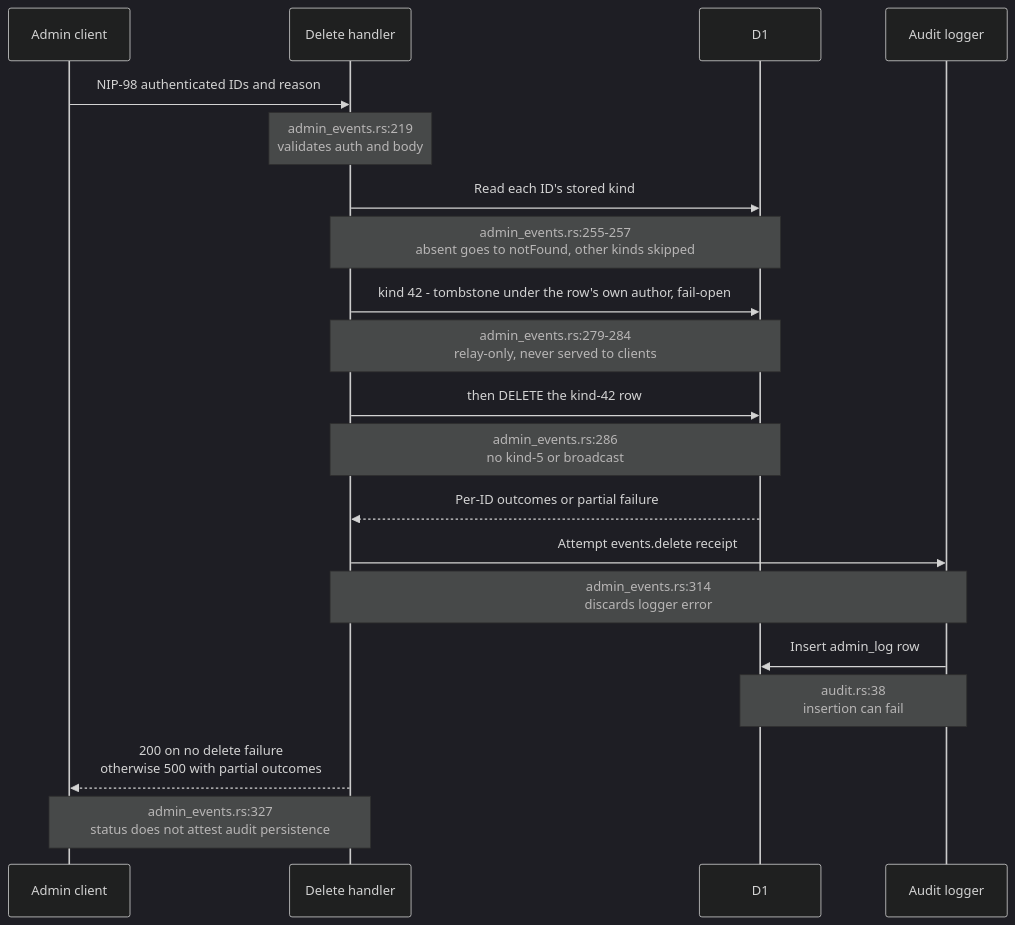
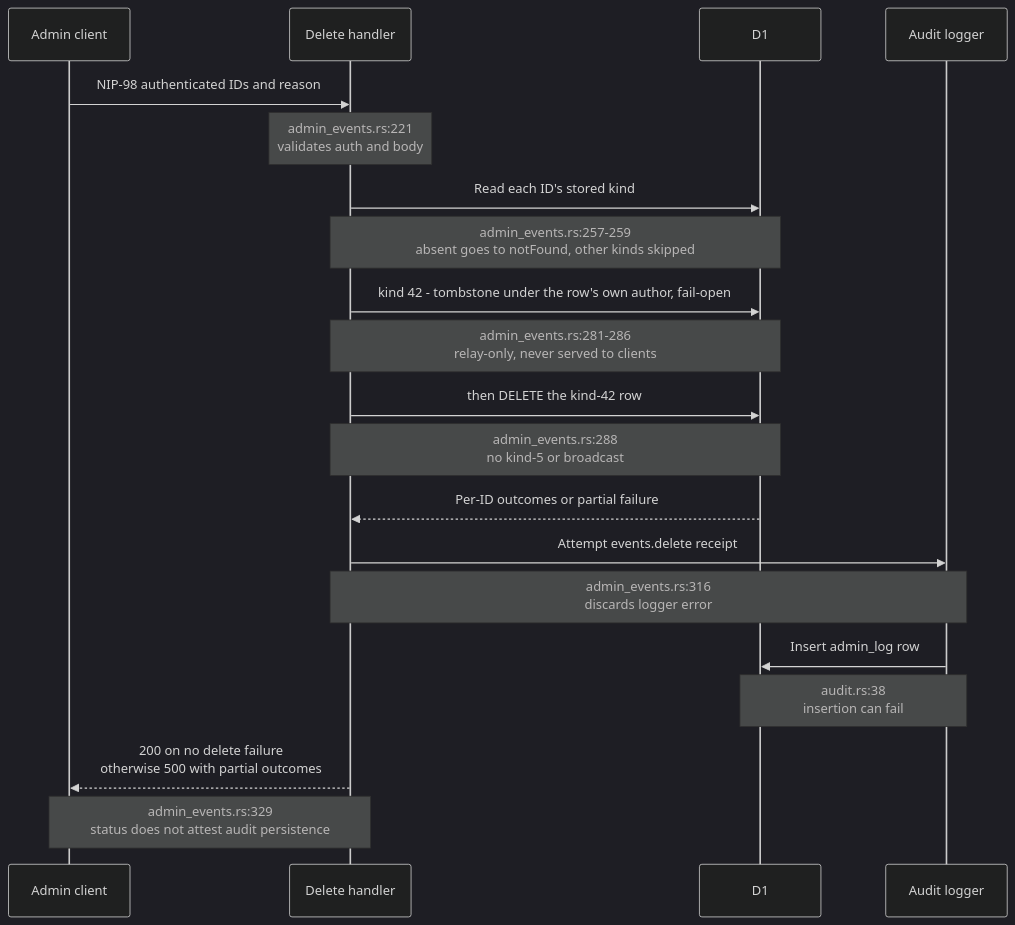
The fourth of 8 diagrams in docs/diagrams/nostr-rust-forum/26-sealed-history-migration-and-reader-contracts.md (DreamLab-AI/VisionFlow), drawn with Mermaid (dark theme) before and after one commit. The commit also changed other lines of this file and 10 other files, not shown here.

First line of the commit message:
diagrams(nostr-rust-forum): re-verify NF-13/14/17/18/20/21/22/24/26/27/28 at kit 4a73a7a

````diff
--- a/docs/diagrams/nostr-rust-forum/26-sealed-history-migration-and-reader-contracts.md
+++ b/docs/diagrams/nostr-rust-forum/26-sealed-history-migration-and-reader-contracts.md
@@ -108,22 +108,22 @@
 ```mermaid
 sequenceDiagram
     participant C as Admin client
     participant H as Delete handler
     participant D as D1
     participant A as Audit logger
     C->>H: NIP-98 authenticated IDs and reason
-    Note over H: admin_events.rs:219<br/>validates auth and body
+    Note over H: admin_events.rs:221<br/>validates auth and body
     H->>D: Read each ID's stored kind
-    Note over H,D: admin_events.rs:255-257<br/>absent goes to notFound, other kinds skipped
+    Note over H,D: admin_events.rs:257-259<br/>absent goes to notFound, other kinds skipped
     H->>D: kind 42 - tombstone under the row's own author, fail-open
-    Note over H,D: admin_events.rs:279-284<br/>relay-only, never served to clients
+    Note over H,D: admin_events.rs:281-286<br/>relay-only, never served to clients
     H->>D: then DELETE the kind-42 row
-    Note over H,D: admin_events.rs:286<br/>no kind-5 or broadcast
+    Note over H,D: admin_events.rs:288<br/>no kind-5 or broadcast
     D-->>H: Per-ID outcomes or partial failure
     H->>A: Attempt events.delete receipt
-    Note over H,A: admin_events.rs:314<br/>discards logger error
+    Note over H,A: admin_events.rs:316<br/>discards logger error
     A->>D: Insert admin_log row
     Note over A,D: audit.rs:38<br/>insertion can fail
     H-->>C: 200 on no delete failure<br/>otherwise 500 with partial outcomes
-    Note over H,C: admin_events.rs:327<br/>status does not attest audit persistence
+    Note over H,C: admin_events.rs:329<br/>status does not attest audit persistence
 ```
````
